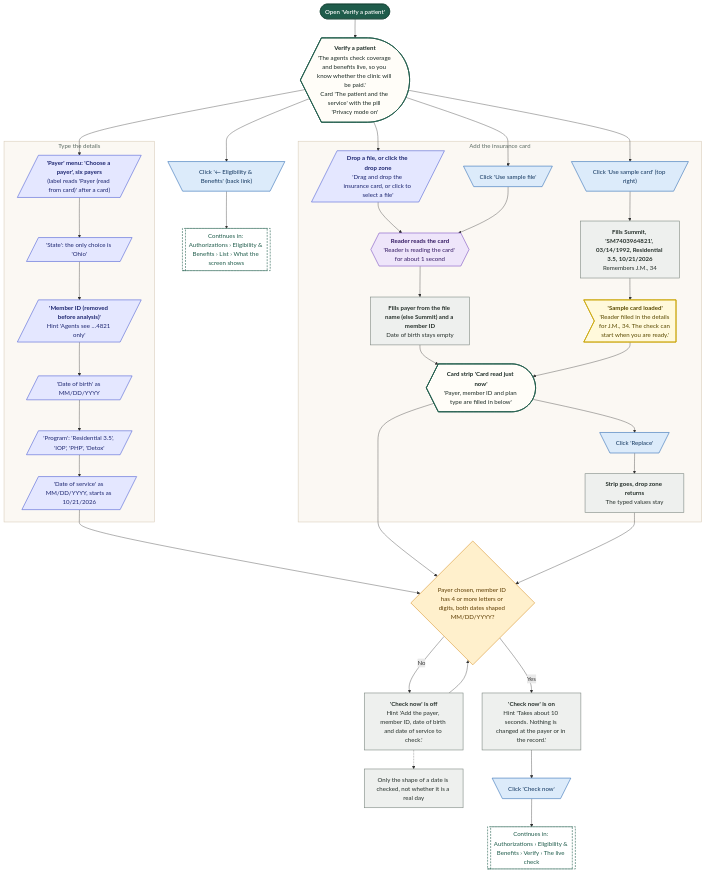
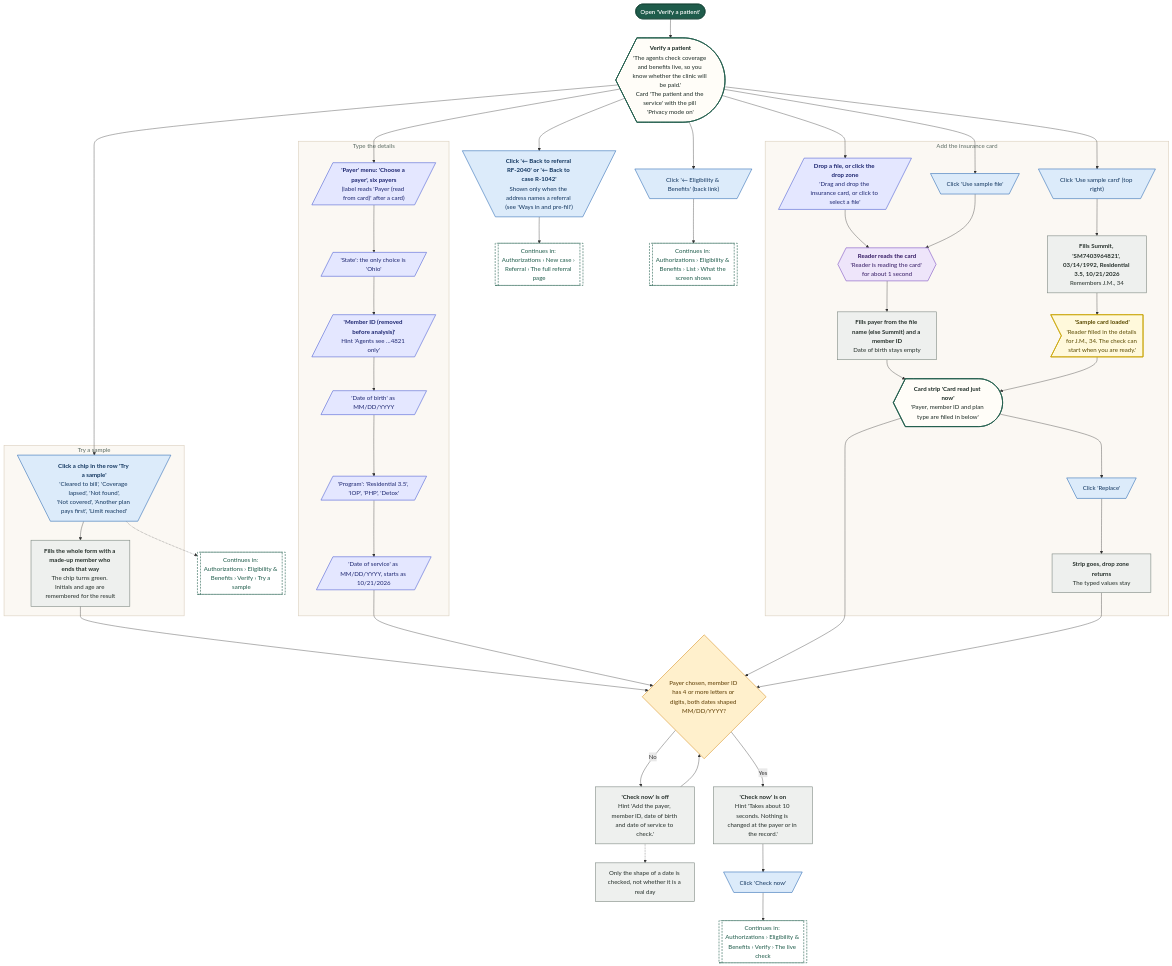
Before and after one commit to Shrav143/psyfloapp: the fifth of 19 diagrams in demos/prior-auth-demo/workflows/out/md/05-eligibility.md, drawn with Mermaid. The commit also changed other lines of this file and 195 other files, not shown here.

First line of the commit message:
docs: Rebuild workflow diagrams after the demo fixes (220 diagrams)

````diff
--- a/demos/prior-auth-demo/workflows/out/md/05-eligibility.md
+++ b/demos/prior-auth-demo/workflows/out/md/05-eligibility.md
@@ -342,7 +355,13 @@
   s1@{ shape: stadium, label: "Open 'Verify a patient'" }
   sc@{ shape: curv-trap, label: "<b>Verify a patient</b><br/>'The agents check coverage and benefits live, so you know whether the clinic will be paid.'<br/>Card 'The patient and the service' with the pill 'Privacy mode on'" }
   b1@{ shape: trap-t, label: "Click '← Eligibility & Benefits' (back link)" }
+  b2@{ shape: trap-t, label: "<b>Click '← Back to referral RF-2040' or '← Back to case R-1042'</b><br/>Shown only when the address names a referral (see 'Ways in and pre-fill')" }
+  g3@{ shape: subproc, label: "Continues in: Authorizations › New case › Referral › The full referral page" }
   g0@{ shape: subproc, label: "Continues in: Authorizations › Eligibility & Benefits › List › What the screen shows" }
+  subgraph gSample ["Try a sample"]
+  f5@{ shape: trap-t, label: "<b>Click a chip in the row 'Try a sample'</b><br/>'Cleared to bill', 'Coverage lapsed', 'Not found',<br/>'Not covered', 'Another plan pays first', 'Limit reached'" }
+  p7@{ shape: rect, label: "<b>Fills the whole form with a made-up member who ends that way</b><br/>The chip turns green. Initials and age are remembered for the result" }
+  end
   subgraph gCard ["Add the insurance card"]
   f1@{ shape: lean-r, label: "<b>Drop a file, or click the drop zone</b><br/>'Drag and drop the insurance card, or click to select a file'" }
   f2@{ shape: trap-t, label: "Click 'Use sample file'" }
@@ -369,8 +388,12 @@
   p6@{ shape: rect, label: "<b>'Check now' is on</b><br/>Hint 'Takes about 10 seconds. Nothing is changed at the payer or in the record.'" }
   c1@{ shape: trap-t, label: "Click 'Check now'" }
   g1@{ shape: subproc, label: "Continues in: Authorizations › Eligibility & Benefits › Verify › The live check" }
+  g2@{ shape: subproc, label: "Continues in: Authorizations › Eligibility & Benefits › Verify › Try a sample" }
   s1 --> sc
   sc --> b1 --> g0
+  sc --> b2 --> g3
+  sc --> f5 --> p7 --> q1
+  f5 -.-> g2
   sc --> f1 --> a1
   sc --> f2 --> a1
   a1 --> p1 --> cs
@@ -384,13 +407,14 @@
   q1 -->|"Yes"| p6 --> c1 --> g1
   class s1 k_start
   class sc,cs k_screen
-  class b1,f2,f3,f4,c1 k_click
-  class g0,g1 k_goto
+  class b1,b2,f5,f2,f3,f4,c1 k_click
+  class g3,g0,g1,g2 k_goto
+  class p7,p1,p2,p3,p4,p5,p6 k_process
   class f1,i1,i2,i3,i4,i5,i6 k_input
   class a1 k_agent
-  class p1,p2,p3,p4,p5,p6 k_process
   class t1 k_toast
   class q1 k_decision
+  style gSample fill:#FBF8F3,stroke:#D9CDBB,stroke-width:1.5px,color:#5B6B63
   style gCard fill:#FBF8F3,stroke:#D9CDBB,stroke-width:1.5px,color:#5B6B63
   style gFields fill:#FBF8F3,stroke:#D9CDBB,stroke-width:1.5px,color:#5B6B63
 ```
````
